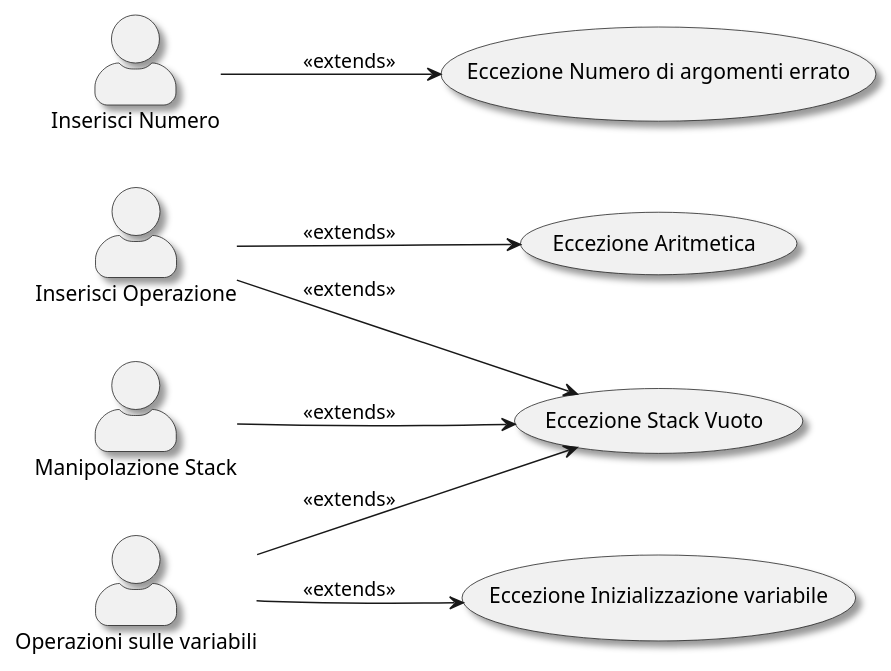
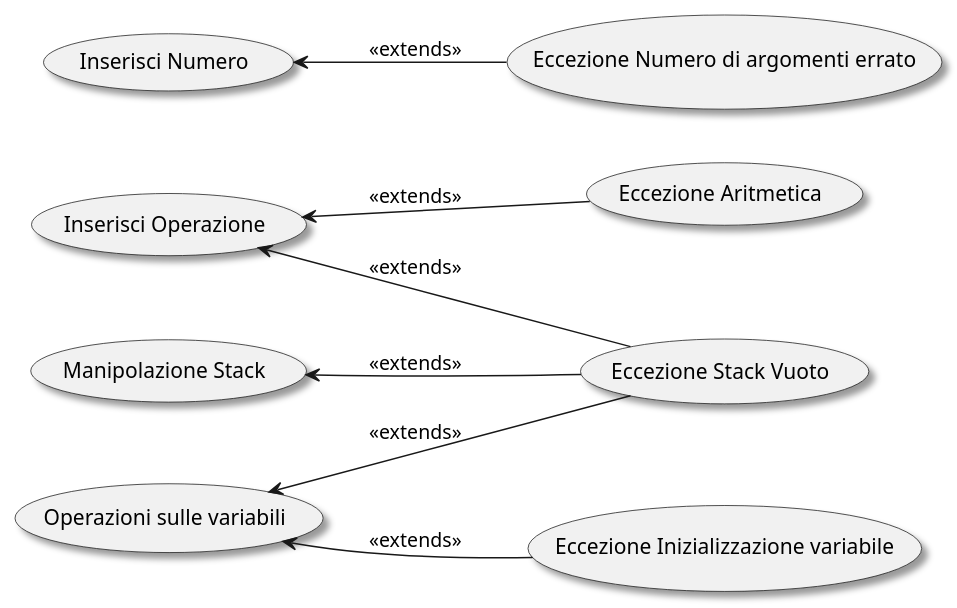
Before and after one commit to LuciaNancyLavista/Gruppo06_software_eng_L.I.V.P: the diagram in CalcolatriceProgrammabile/UseCaseDiagramm/ExceptionDiagramm.puml, drawn with PlantUML.

```diff
--- a/CalcolatriceProgrammabile/UseCaseDiagramm/ExceptionDiagramm.puml
+++ b/CalcolatriceProgrammabile/UseCaseDiagramm/ExceptionDiagramm.puml
@@ -1,26 +1,26 @@
 @startuml eccezioni
 skinparam actorStyle awesome
 skinparam shadowing true
 left to right direction
 
-actor "Inserisci Operazione" as IO 
-actor "Inserisci Numero" as IN 
-actor "Manipolazione Stack" as MS 
-actor "Operazioni sulle variabili" as OV 
+usecase "Inserisci Operazione" as IO 
+usecase "Inserisci Numero" as IN 
+usecase "Manipolazione Stack" as MS 
+usecase "Operazioni sulle variabili" as OV 
 
 usecase "Eccezione Aritmetica" as exc_ari 
 usecase "Eccezione Stack Vuoto" as stack_empty
 usecase "Eccezione Numero di argomenti errato" as wrong_argumets
 usecase "Eccezione Inizializzazione variabile" as GIv
 
-IN --> wrong_argumets : <<extends>>
+IN <-- wrong_argumets : <<extends>>
 
-IO --> exc_ari : <<extends>>
-IO --> stack_empty : <<extends>>
+IO <-- exc_ari : <<extends>>
+IO <-- stack_empty : <<extends>>
 
-MS --> stack_empty : <<extends>>
+MS <-- stack_empty : <<extends>>
 
-OV --> stack_empty : <<extends>>
-OV --> GIv : <<extends>>
+OV <-- stack_empty : <<extends>>
+OV <-- GIv : <<extends>>
 
 @enduml
```
